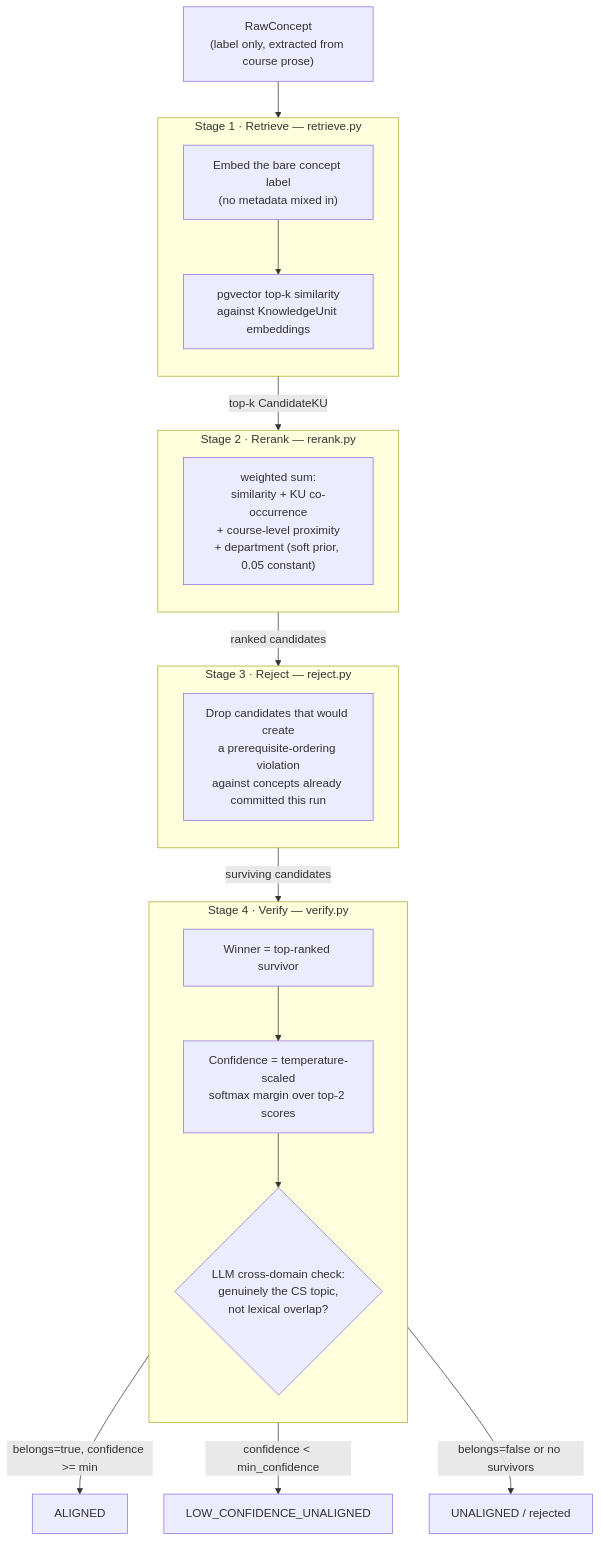
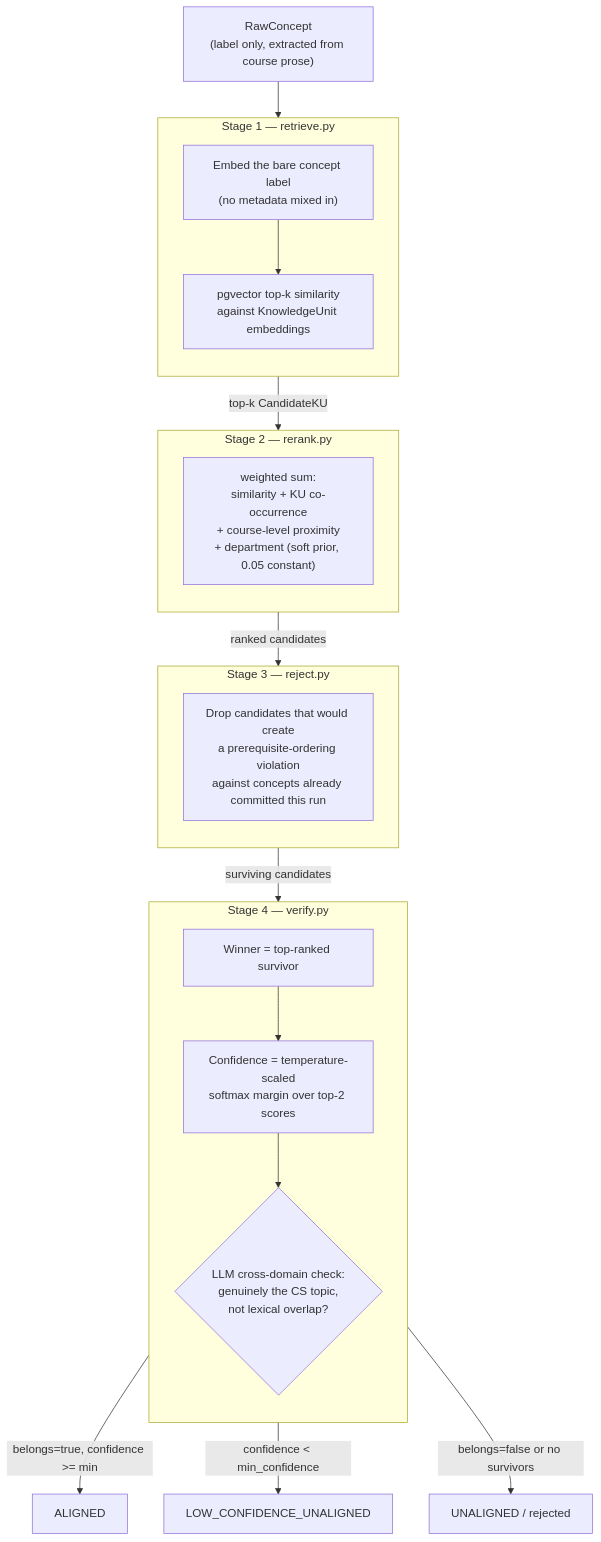
Before and after one commit to gpazevedo/granular: the first of 5 diagrams in SYSTEM_OVERVIEW.md, drawn with Mermaid. The commit also changed other lines of this file and 6 other files, not shown here.

````diff
--- a/SYSTEM_OVERVIEW.md
+++ b/SYSTEM_OVERVIEW.md
@@ -143,39 +61,39 @@
 ```mermaid
 flowchart TD
-    RC["RawConcept\n(label only, extracted from course prose)"] --> S1
+    RC["RawConcept<br/>(label only, extracted from course prose)"] --> S1
 
-    subgraph S1["Stage 1 · Retrieve — retrieve.py"]
+    subgraph S1["Stage 1 — retrieve.py"]
         direction TB
-        R1["Embed the bare concept label\n(no metadata mixed in)"]
-        R2["pgvector top-k similarity\nagainst KnowledgeUnit embeddings"]
+        R1["Embed the bare concept label<br/>(no metadata mixed in)"]
+        R2["pgvector top-k similarity<br/>against KnowledgeUnit embeddings"]
         R1 --> R2
     end
 
     S1 -->|"top-k CandidateKU"| S2
 
-    subgraph S2["Stage 2 · Rerank — rerank.py"]
+    subgraph S2["Stage 2 — rerank.py"]
         direction TB
-        RR["weighted sum:\nsimilarity + KU co-occurrence\n+ course-level proximity\n+ department (soft prior, 0.05 constant)"]
+        RR["weighted sum:<br/>similarity + KU co-occurrence<br/>+ course-level proximity<br/>+ department (soft prior, 0.05 constant)"]
     end
 
     S2 -->|"ranked candidates"| S3
 
-    subgraph S3["Stage 3 · Reject — reject.py"]
+    subgraph S3["Stage 3 — reject.py"]
         direction TB
-        RJ["Drop candidates that would create\na prerequisite-ordering violation\nagainst concepts already committed this run"]
+        RJ["Drop candidates that would create<br/>a prerequisite-ordering violation<br/>against concepts already committed this run"]
     end
 
     S3 -->|"surviving candidates"| S4
 
-    subgraph S4["Stage 4 · Verify — verify.py"]
+    subgraph S4["Stage 4 — verify.py"]
         direction TB
         V1["Winner = top-ranked survivor"]
-        V2["Confidence = temperature-scaled\nsoftmax margin over top-2 scores"]
-        V3{"LLM cross-domain check:\ngenuinely the CS topic,\nnot lexical overlap?"}
+        V2["Confidence = temperature-scaled<br/>softmax margin over top-2 scores"]
+        V3{"LLM cross-domain check:<br/>genuinely the CS topic,<br/>not lexical overlap?"}
         V1 --> V2 --> V3
     end
 
     S4 -->|belongs=true, confidence >= min| ALIGNED["ALIGNED"]
     S4 -->|confidence < min_confidence| LOWCONF["LOW_CONFIDENCE_UNALIGNED"]
     S4 -->|belongs=false or no survivors| UNAL["UNALIGNED / rejected"]
 ```
````
